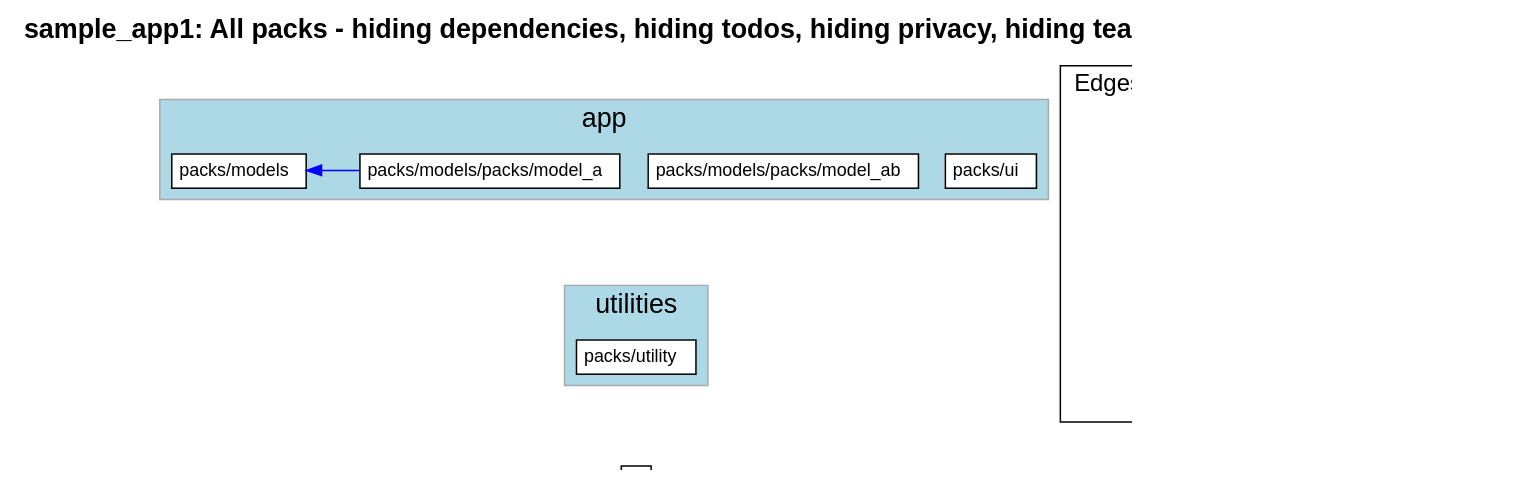
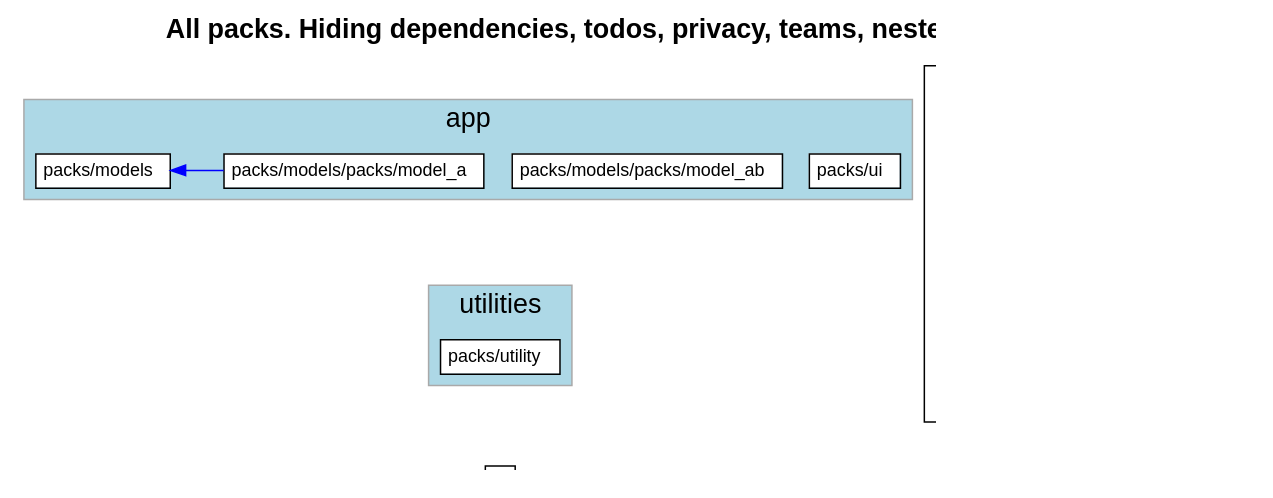
Before and after one commit to rubyatscale/visualize_packs: the diagram in spec/sample_app1/test_output/only_layers.dot, drawn with Graphviz. The commit also changed 21 other files, not shown here.

```diff
--- a/spec/sample_app1/test_output/only_layers.dot
+++ b/spec/sample_app1/test_output/only_layers.dot
@@ -1,126 +1,126 @@
 digraph package_diagram {
   rankdir=TD
   graph [
     labelloc="t"
     fontname="Helvetica,Arial,sans-serif"
     dpi=100
     layout=dot
-    label=<<b>sample_app1: All packs - hiding dependencies, hiding todos, hiding privacy, hiding teams, hiding nested relationships</b>>
+    label=<<b>All packs. Hiding dependencies, todos, privacy, teams, nested relationships</b>>
     fontsize=18
   ]
   node [
     fontname="Helvetica,Arial,sans-serif"
     fontsize=26.0
     fontcolor=black
     fillcolor=white
     color=black
     height=1.0
     style=filled
     shape=plain
   ]
     subgraph app {
       shape=box
       color=darkgrey
       fillcolor=lightblue
       style=filled
         label="app"
         cluster=true
         rank = 0        "packs/models" [
             fontsize=12.0
               URL="https://github.com/rubyatscale/visualize_packwerk/tree/main/spec/sample_app/packs/models"
 
             label= <
                 <table border='0' cellborder='1' cellspacing='0' cellpadding='4'>
                   <tr> <td align='left'> packs/models </td> </tr>
                 </table>
               >
           ]
         
         "packs/models/packs/model_a" [
             fontsize=12.0
               URL="https://github.com/rubyatscale/visualize_packwerk/tree/main/spec/sample_app/packs/models/packs/model_a"
 
             label= <
                 <table border='0' cellborder='1' cellspacing='0' cellpadding='4'>
                   <tr> <td align='left'> packs/models/packs/model_a </td> </tr>
                 </table>
               >
           ]
         
         "packs/models/packs/model_ab" [
             fontsize=12.0
               URL="https://github.com/rubyatscale/visualize_packwerk/tree/main/spec/sample_app/packs/models/packs/model_ab"
 
             label= <
                 <table border='0' cellborder='1' cellspacing='0' cellpadding='4'>
                   <tr> <td align='left'> packs/models/packs/model_ab </td> </tr>
                 </table>
               >
           ]
         
         "packs/ui" [
             fontsize=12.0
               URL="https://github.com/rubyatscale/visualize_packwerk/tree/main/spec/sample_app/packs/ui"
 
             label= <
                 <table border='0' cellborder='1' cellspacing='0' cellpadding='4'>
                   <tr> <td align='left'> packs/ui </td> </tr>
                 </table>
               >
           ]
         
     }
     subgraph utilities {
       shape=box
       color=darkgrey
       fillcolor=lightblue
       style=filled
         label="utilities"
         cluster=true
         rank = 1        "packs/utility" [
             fontsize=12.0
               URL="https://github.com/rubyatscale/visualize_packwerk/tree/main/spec/sample_app/packs/utility"
 
             label= <
                 <table border='0' cellborder='1' cellspacing='0' cellpadding='4'>
                   <tr> <td align='left'> packs/utility </td> </tr>
                 </table>
               >
           ]
         
     }
               "packs/models" -> "packs/utility" [ style=invis ]
               "packs/models/packs/model_a" -> "packs/utility" [ style=invis ]
               "packs/models/packs/model_ab" -> "packs/utility" [ style=invis ]
               "packs/ui" -> "packs/utility" [ style=invis ]
     subgraph NotInLayer {
       shape=box
       color=darkgrey
       fillcolor=lightblue
       style=filled
         cluster=false
         "." [
             fontsize=12.0
               URL="https://github.com/rubyatscale/visualize_packwerk/tree/main/spec/sample_app/"
 
             label= <
                 <table border='0' cellborder='1' cellspacing='0' cellpadding='4'>
                   <tr> <td align='left'> . </td> </tr>
                 </table>
               >
           ]
         
     }
               "packs/utility" -> "." [ style=invis ]
         "packs/models/packs/model_a" -> "packs/models" [ color=blue constraint=false ]
     subgraph cluster_legend {
       fontsize=16
       label="Edges Styles and Arrow Heads"
       M [ fontsize=12 shape=box label="package"]
       N [ fontsize=12 shape=box label="package"]
       M -> N [label="visibile to" color=blue]
       LEGEND_NODE_1 [ label="" peripheries=0 height=0 width=0 style=invis ]
       LEGEND_NODE_2 [ label="" peripheries=0 height=0 width=0 style=invis ]
       LEGEND_NODE_1 -> LEGEND_NODE_2 [ style=invis ]
     }
 }
```
